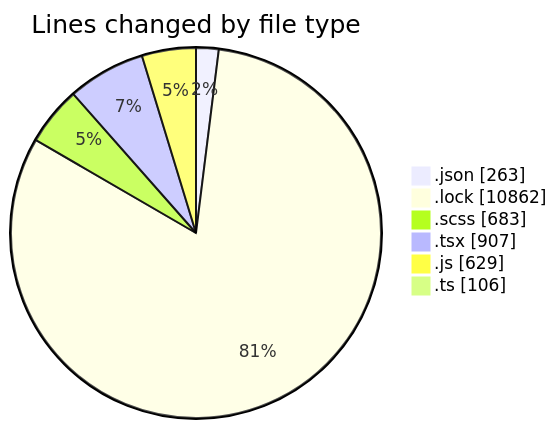
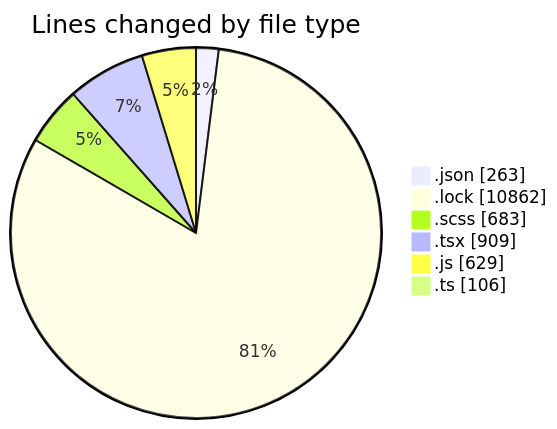
Before and after one commit to momahboobian/code-tracking: the first of 2 diagrams in 2026-05-18/cda/README.md, drawn with Mermaid. The commit also changed other lines of this file and 1 other file, not shown here.

````diff
--- a/2026-05-18/cda/README.md
+++ b/2026-05-18/cda/README.md
@@ -36,10 +36,10 @@
 ```mermaid
 pie showData
 title Lines changed by file type
 ".json" : 263
 ".lock" : 10862
 ".scss" : 683
-".tsx" : 907
+".tsx" : 909
 ".js" : 629
 ".ts" : 106
 ```
````
